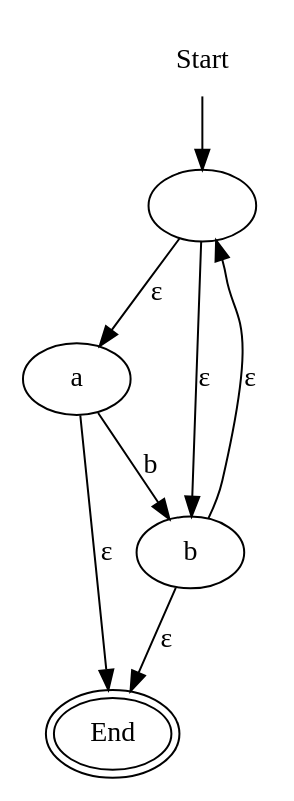
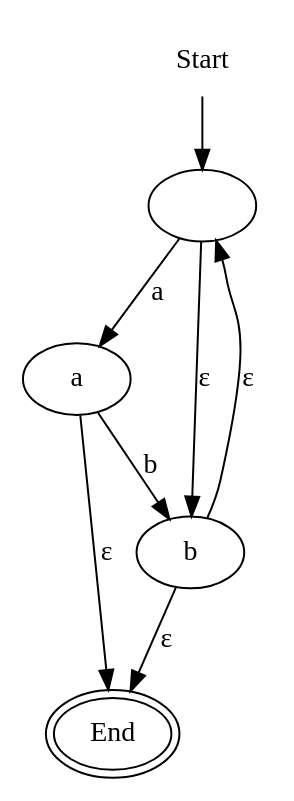
Before and after one commit to Jegp/BPRD2013: the diagram in Week36/3.2.nfa.dot, drawn with Graphviz. The commit also changed 1 other file, not shown here.

```diff
--- a/Week36/3.2.nfa.dot
+++ b/Week36/3.2.nfa.dot
@@ -1,13 +1,14 @@
 digraph nfa {
 
 	node [peripheries=0] {Start};
 	node [peripheries=1] {};
 	Start -> Whatever;
 	Whatever [label=" "];
-	Whatever -> { a b }[label=ε];
+	Whatever -> a [label=a];
+	Whatever -> b [label=ε];
 	a -> b [label=b];
 	a -> End [label=ε];
 	b -> Whatever [label=ε];
 	b -> End [label=ε];
 	End [peripheries=2];
 }
```
